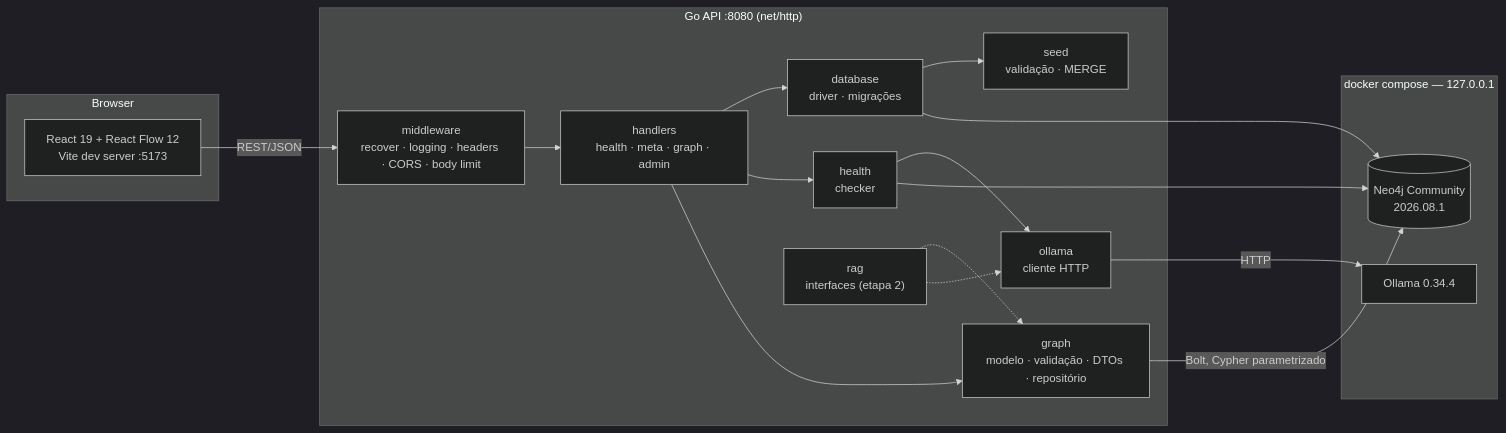
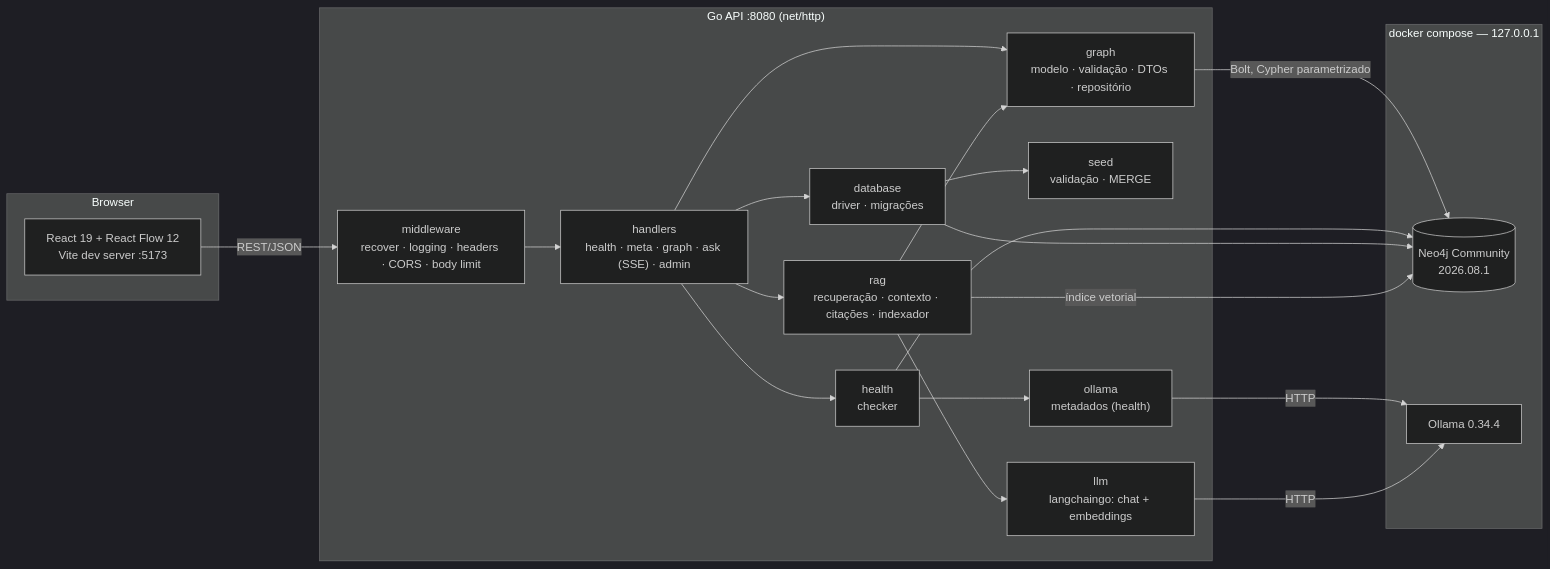
The first of 3 diagrams in Docs/architecture.md (gabriel-q7/financial-graphrag), drawn with Mermaid (dark theme) before and after one commit. The commit also changed other lines of this file and 51 other files, not shown here.

````diff
--- a/Docs/architecture.md
+++ b/Docs/architecture.md
@@ -5,28 +5,31 @@
 ```mermaid
 flowchart LR
   subgraph Browser
     UI["React 19 + React Flow 12<br/>Vite dev server :5173"]
   end
   subgraph API["Go API :8080 (net/http)"]
     MW["middleware<br/>recover · logging · headers · CORS · body limit"]
-    HD["handlers<br/>health · meta · graph · admin"]
+    HD["handlers<br/>health · meta · graph · ask (SSE) · admin"]
     GR["graph<br/>modelo · validação · DTOs · repositório"]
     DB["database<br/>driver · migrações"]
     SD["seed<br/>validação · MERGE"]
-    OC["ollama<br/>cliente HTTP"]
+    OC["ollama<br/>metadados (health)"]
     HC["health<br/>checker"]
-    RG["rag<br/>interfaces (etapa 2)"]
+    RG["rag<br/>recuperação · contexto · citações · indexador"]
+    LM["llm<br/>langchaingo: chat + embeddings"]
   end
   subgraph Compose["docker compose — 127.0.0.1"]
     NEO[("Neo4j Community<br/>2026.08.1")]
     OLL["Ollama 0.34.4"]
   end
   UI -->|REST/JSON| MW --> HD
   HD --> GR -->|Bolt, Cypher parametrizado| NEO
   HD --> HC --> NEO
   HC --> OC -->|HTTP| OLL
   HD --> DB --> NEO
   DB --> SD
-  RG -.-> OC
-  RG -.-> GR
+  HD --> RG
+  RG --> GR
+  RG -->|índice vetorial| NEO
+  RG --> LM -->|HTTP| OLL
 ```
````
